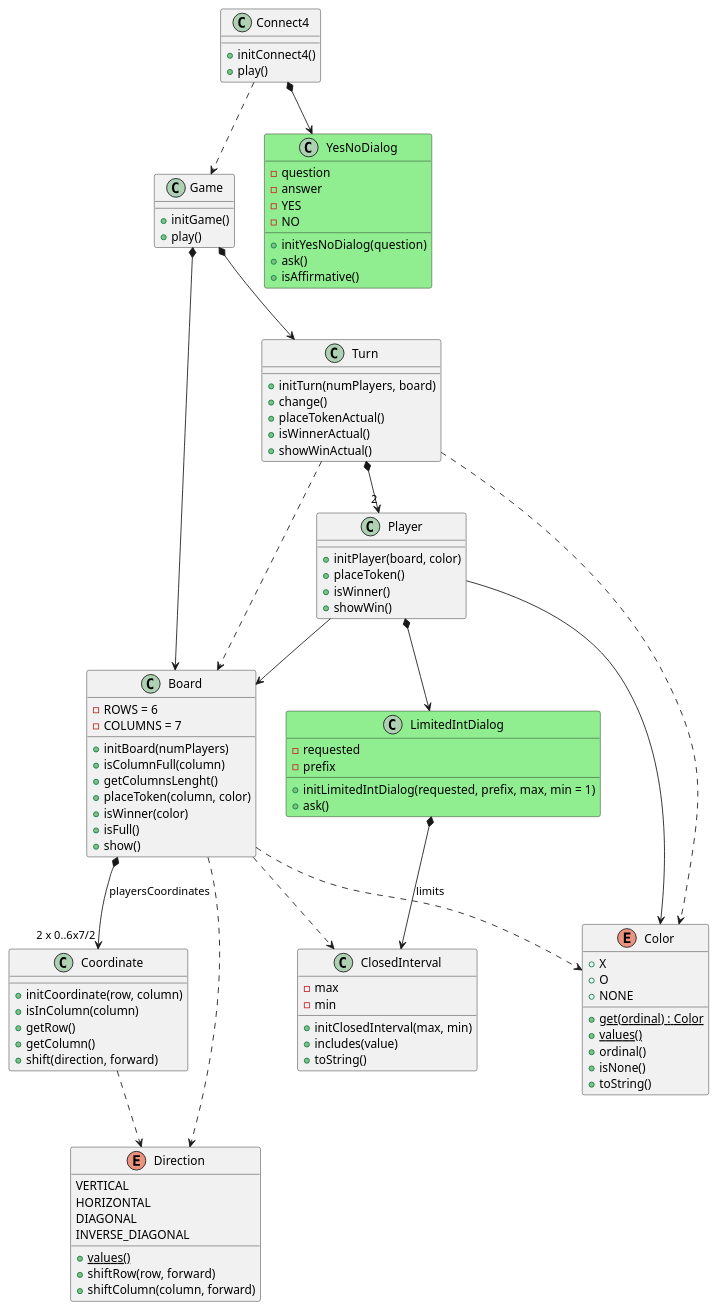
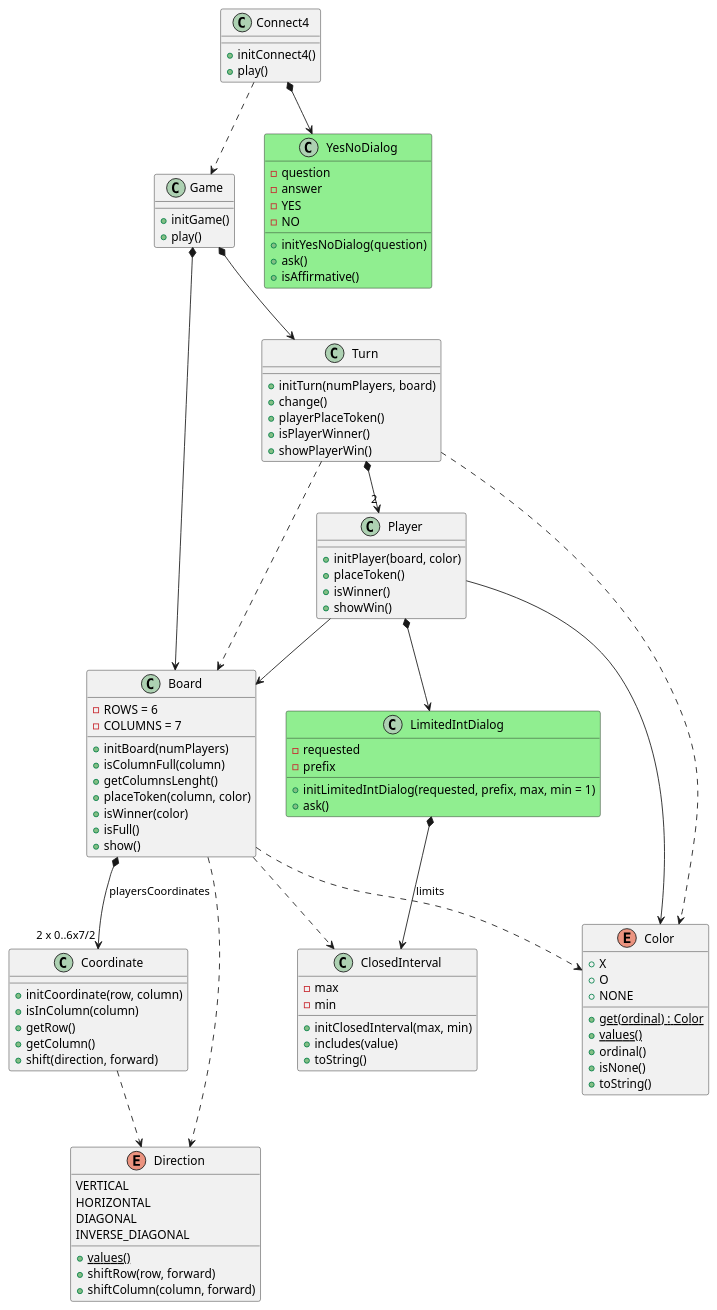
One commit to PabloMartinFluvia/myGame-connect4 changed the diagram in docs/dev-resume/src/analysis.plantuml. Above: the diagram before and after it, drawn with PlantUML. The commit also changed 3 other files, not shown here.

```diff
--- a/docs/dev-resume/src/analysis.plantuml
+++ b/docs/dev-resume/src/analysis.plantuml
@@ -1,122 +1,122 @@
 @startuml analysis
 
 class Connect4 {
 
     + initConnect4()
     + play()
 }
 Connect4 ..> Game
 Connect4 *--> YesNoDialog
 
 class Game {     
 
     + initGame()
     + play()
 }
 Game *--> Turn
 Game *--> Board
 
 class Turn {
 
     + initTurn(numPlayers, board)    
     + change()      
-    + placeTokenActual()        
-    + isWinnerActual()
-    + showWinActual()
+    + playerPlaceToken()        
+    + isPlayerWinner()
+    + showPlayerWin()
 }
 Turn *--> "2" Player
 Turn ..> Board
 Turn ..> Color
 
 class Player {
 
     + initPlayer(board, color)
     + placeToken()
     + isWinner()
     + showWin()
 }
 Player --> Board
 Player --> Color
 Player *--> LimitedIntDialog
 
 class Board {
     - ROWS = 6
     - COLUMNS = 7
     
     + initBoard(numPlayers)
     + isColumnFull(column)
     + getColumnsLenght()
     + placeToken(column, color)
     + isWinner(color)
     + isFull()
     + show()
 }
 Board ..> ClosedInterval
 Board *--> "2 x 0..6x7/2" Coordinate : playersCoordinates
 Board ..> Direction
 Board ..> Color
 
 class Coordinate {
     + initCoordinate(row, column)
     + isInColumn(column)
     + getRow()
     + getColumn()
     + shift(direction, forward)
 }
 Coordinate ..> Direction
 
 enum Direction {
     VERTICAL
     HORIZONTAL
     DIAGONAL
     INVERSE_DIAGONAL
 
     + {static} values()
     + shiftRow(row, forward)
     + shiftColumn(column, forward)
 }
 
 enum Color {
     + X
     + O   
     + NONE 
 
     + {static} get(ordinal) : Color  
     + {static} values()  
     + ordinal()
     + isNone()
     + toString()
 }
 
 class YesNoDialog #LightGreen {  
     - question
     - answer   
     - YES
     - NO
 
     + initYesNoDialog(question)
     + ask()
     + isAffirmative()
 }
 
 class LimitedIntDialog #LightGreen {
     - requested
     - prefix
     
 
     + initLimitedIntDialog(requested, prefix, max, min = 1) 
     + ask()
 }
 LimitedIntDialog *--> ClosedInterval : limits
 
 class ClosedInterval {
     - max
     - min
 
     + initClosedInterval(max, min)
     + includes(value)
     + toString()
 }
 
 
 @enduml
```
